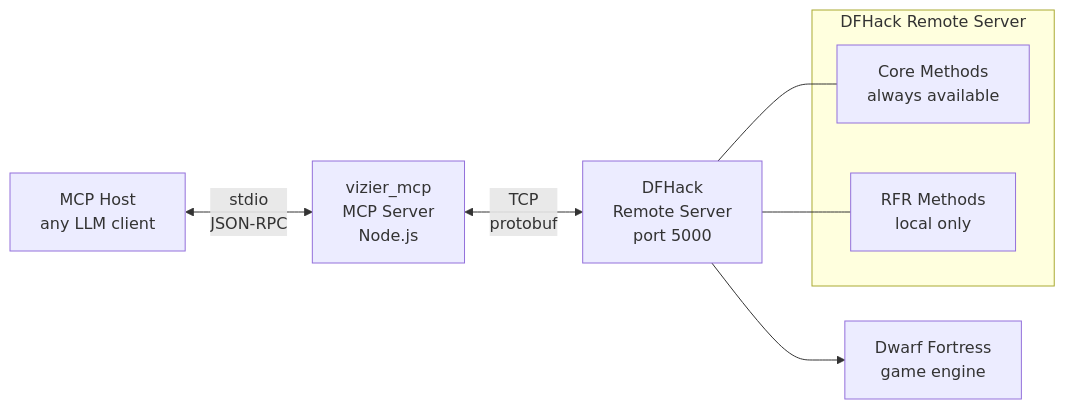
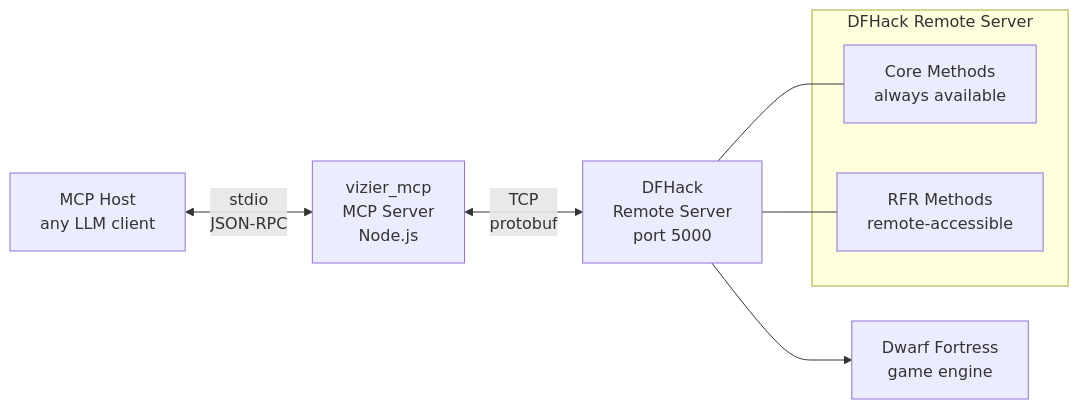
The diagram in README.md (ryanbateman/vizier_mcp), drawn with Mermaid before and after one commit. The commit also changed other lines of this file and 3 other files, not shown here.

````diff
--- a/README.md
+++ b/README.md
@@ -82,14 +86,14 @@
 ```mermaid
 flowchart LR
     A[MCP Host<br/>any LLM client] <-->|stdio<br/>JSON-RPC| B[vizier_mcp<br/>MCP Server<br/>Node.js]
     B <-->|TCP<br/>protobuf| C[DFHack<br/>Remote Server<br/>port 5000]
     C --> D[Dwarf Fortress<br/>game engine]
 
     subgraph DFHack Remote Server
         E[Core Methods<br/>always available]
-        F[RFR Methods<br/>local only]
+        F[RFR Methods<br/>remote-accessible]
     end
 
     C --- E
     C --- F
 ```
````
